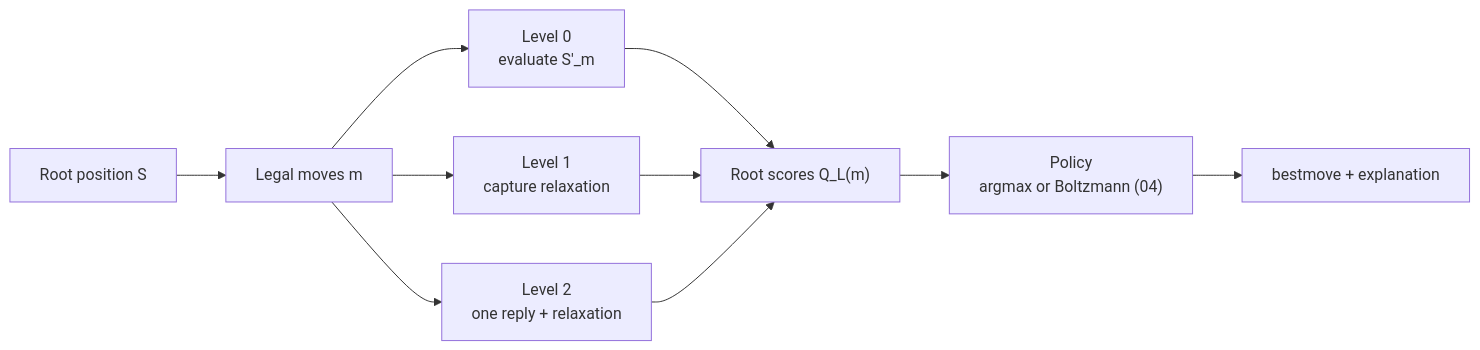
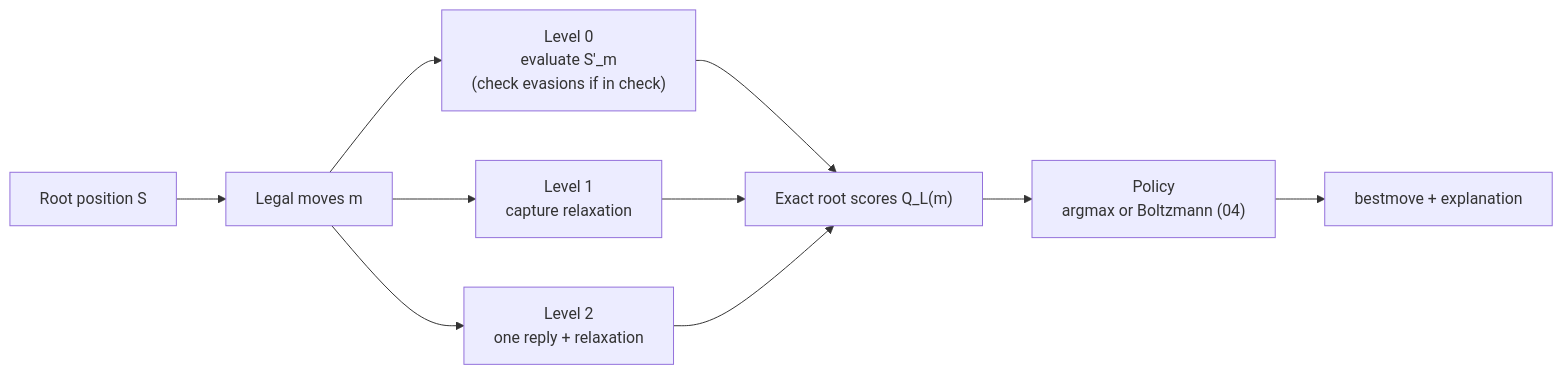
The diagram in docs/design/03-move-selection.md (sr2echa/Nabla), drawn with Mermaid before and after one commit. The commit also changed other lines of this file and 7 other files, not shown here.

````diff
--- a/docs/design/03-move-selection.md
+++ b/docs/design/03-move-selection.md
@@ -16,12 +19,12 @@
 ```mermaid
 flowchart LR
     S["Root position S"] --> M["Legal moves m"]
-    M --> L0["Level 0<br/>evaluate S'_m"]
+    M --> L0["Level 0<br/>evaluate S'_m<br/>(check evasions if in check)"]
     M --> L1["Level 1<br/>capture relaxation"]
     M --> L2["Level 2<br/>one reply + relaxation"]
-    L0 --> Q["Root scores Q_L(m)"]
+    L0 --> Q["Exact root scores Q_L(m)"]
     L1 --> Q
     L2 --> Q
     Q --> P["Policy<br/>argmax or Boltzmann (04)"]
     P --> B["bestmove + explanation"]
 ```
````
